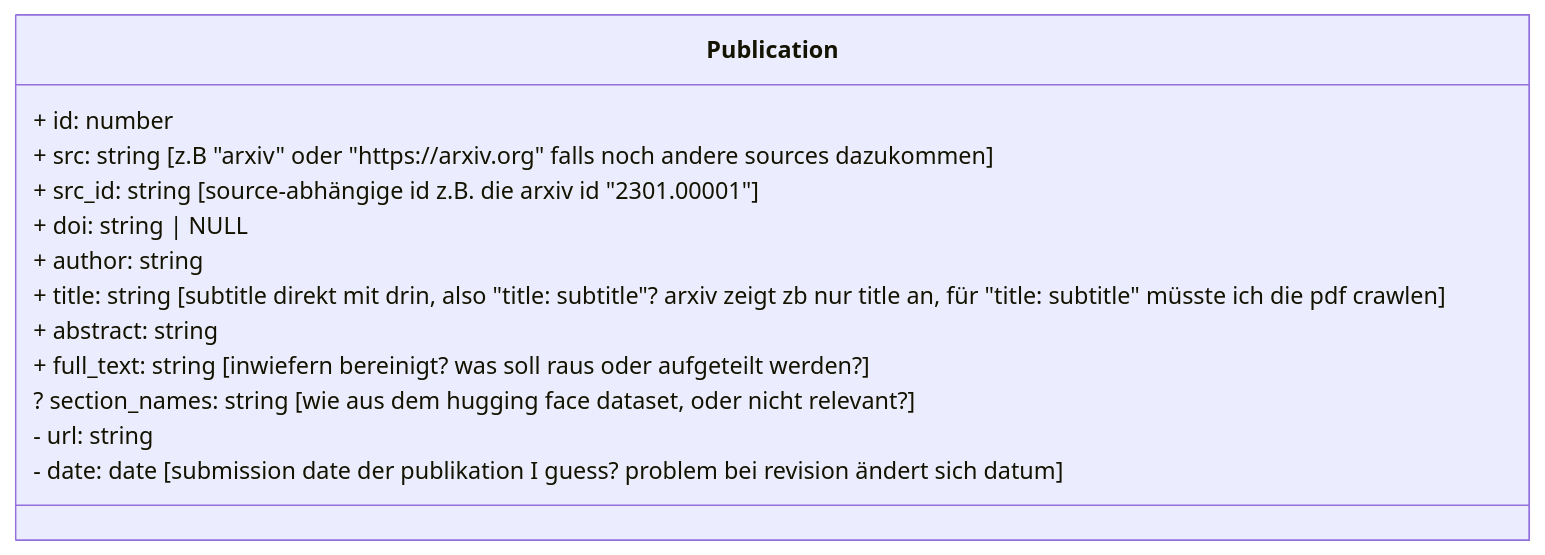
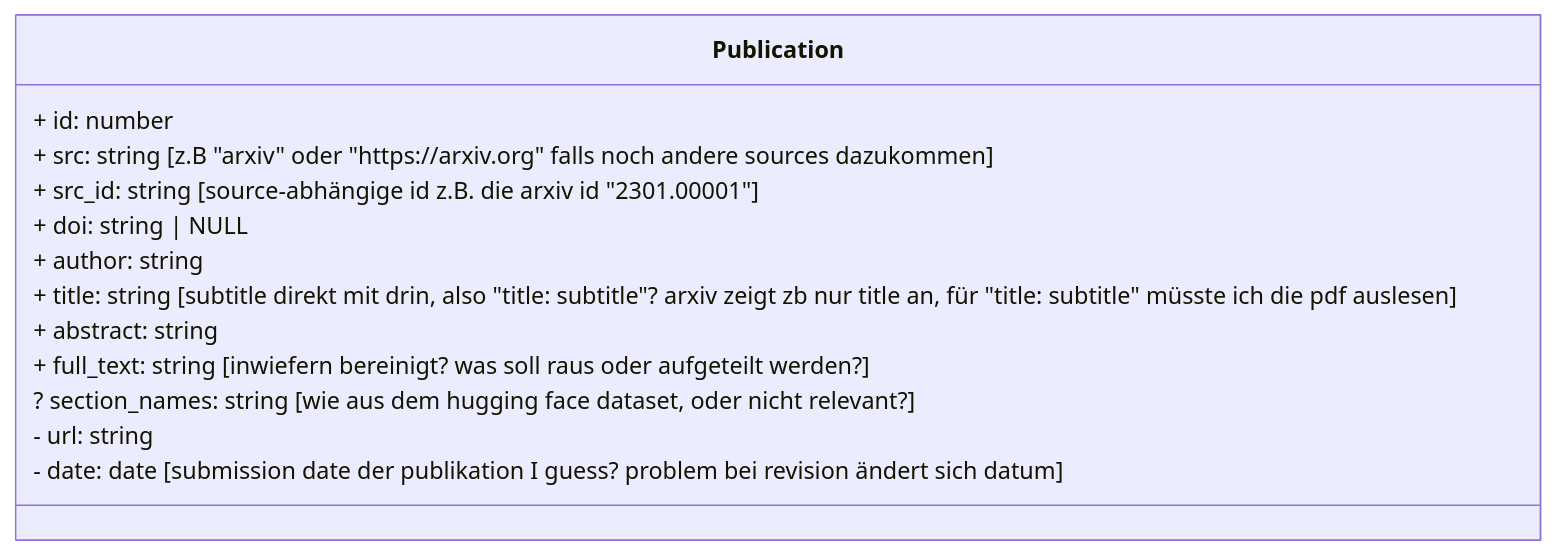
Before and after one commit to carlobeckmann2602/publication-recommender: the first of 2 diagrams in data_ingest/data/arxiv_dataset/form.md, drawn with Mermaid. The commit also changed other lines of this file and 7 other files, not shown here.

````diff
--- a/data_ingest/data/arxiv_dataset/form.md
+++ b/data_ingest/data/arxiv_dataset/form.md
@@ -29,17 +32,17 @@
 ```mermaid
 classDiagram
     class Publication {
         + id: number
         + src: string [z.B "arxiv" oder "https://arxiv.org" falls noch andere sources dazukommen]
         + src_id: string [source-abhängige id z.B. die arxiv id "2301.00001"]
         + doi: string | NULL
         + author: string
-        + title: string [subtitle direkt mit drin, also "title: subtitle"? arxiv zeigt zb nur title an, für "title: subtitle" müsste ich die pdf crawlen]
+        + title: string [subtitle direkt mit drin, also "title: subtitle"? arxiv zeigt zb nur title an, für "title: subtitle" müsste ich die pdf auslesen]
         + abstract: string
         + full_text: string [inwiefern bereinigt? was soll raus oder aufgeteilt werden?]
         ? section_names: string [wie aus dem hugging face dataset, oder nicht relevant?]
         - url: string
         - date: date [submission date der publikation I guess? problem bei revision ändert sich datum]
     }
 
 ```
````
